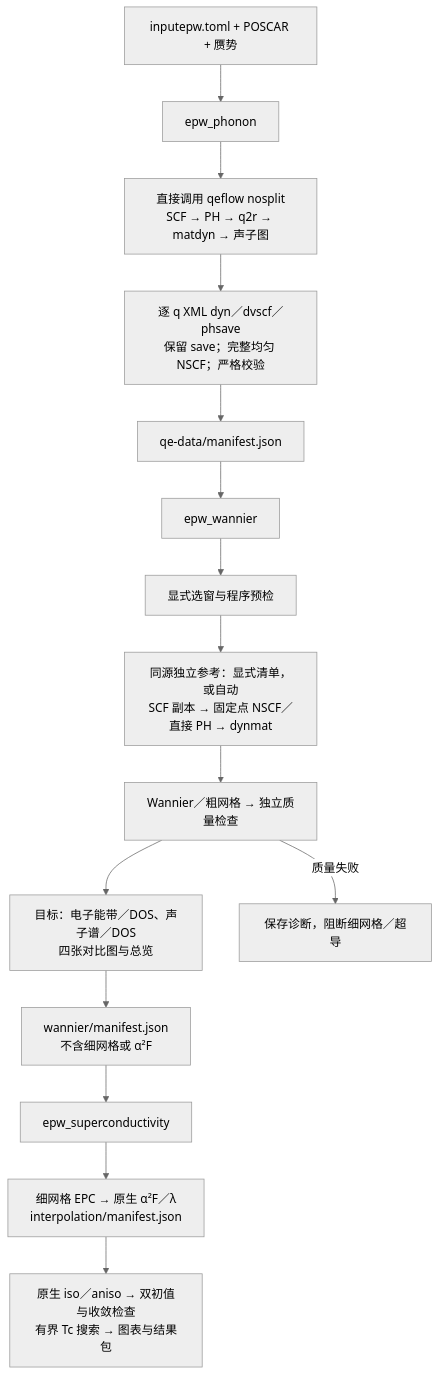
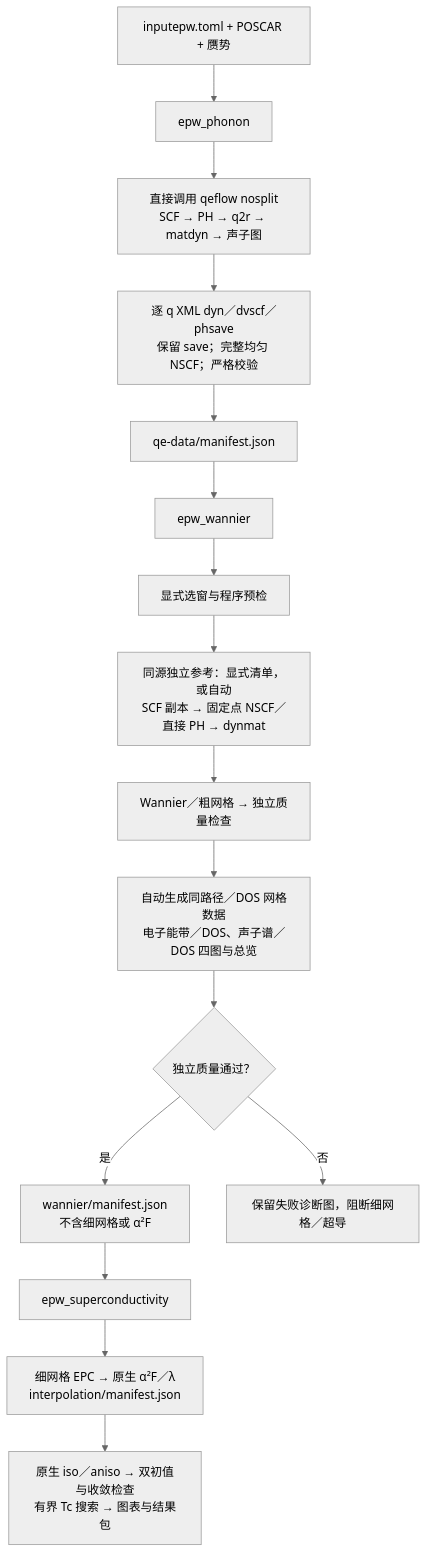
The diagram in epwflow/README.md (JLU-ICCMS-MaYuan/dftflow), drawn with Mermaid (neutral theme) before and after one commit. The commit also changed other lines of this file and 33 other files, not shown here.

````diff
--- a/epwflow/README.md
+++ b/epwflow/README.md
@@ -9,17 +9,18 @@
 ```mermaid
 flowchart TD
     C["inputepw.toml + POSCAR + 赝势"] --> P["epw_phonon"]
     P --> P1["直接调用 qeflow nosplit<br/>SCF → PH → q2r → matdyn → 声子图"]
     P1 --> P2["逐 q XML dyn／dvscf／phsave<br/>保留 save；完整均匀 NSCF；严格校验"]
     P2 --> PM["qe-data/manifest.json"]
     PM --> W["epw_wannier"]
     W --> WP["显式选窗与程序预检"]
     WP --> WR["同源独立参考：显式清单，或自动<br/>SCF 副本 → 固定点 NSCF／直接 PH → dynmat"]
     WR --> W1["Wannier／粗网格 → 独立质量检查"]
-    W1 --> W2["目标：电子能带／DOS、声子谱／DOS<br/>四张对比图与总览"]
-    W2 --> WM["wannier/manifest.json<br/>不含细网格或 α²F"]
+    W1 --> W2["自动生成同路径／DOS 网格数据<br/>电子能带／DOS、声子谱／DOS 四图与总览"]
+    W2 --> QG{"独立质量通过？"}
+    QG -->|"是"| WM["wannier/manifest.json<br/>不含细网格或 α²F"]
     WM --> S["epw_superconductivity"]
     S --> S1["细网格 EPC → 原生 α²F／λ<br/>interpolation/manifest.json"]
     S1 --> S2["原生 iso／aniso → 双初值与收敛检查<br/>有界 Tc 搜索 → 图表与结果包"]
-    W1 -->|"质量失败"| STOP["保存诊断，阻断细网格／超导"]
+    QG -->|"否"| STOP["保留失败诊断图，阻断细网格／超导"]
 ```
````
